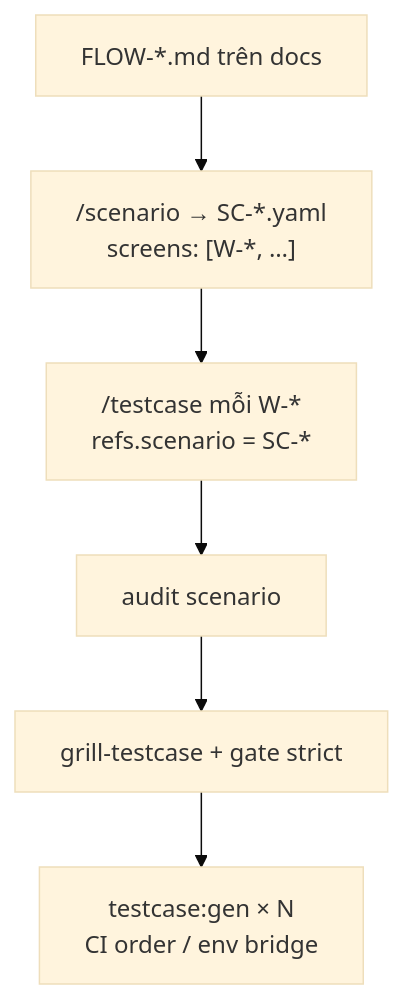
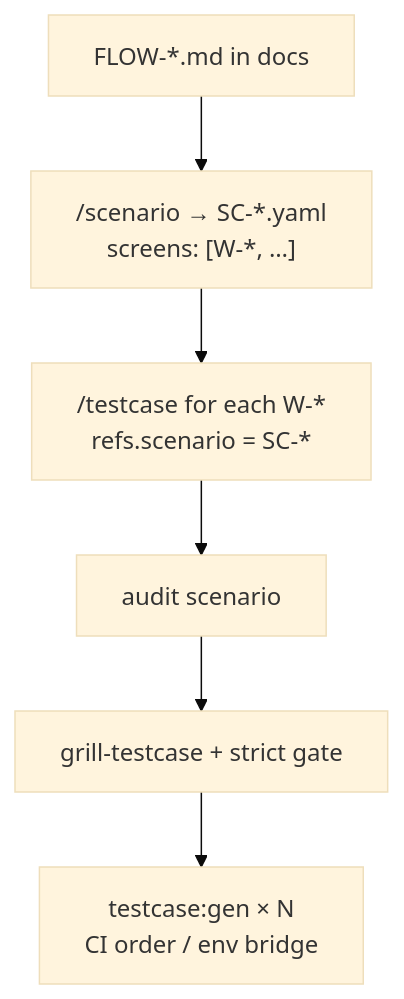
The fourth of 5 diagrams in workflows/test.md (ShanYuCoder/flowgrid-docs), drawn with Mermaid (base theme) before and after one commit. The commit also changed other lines of this file and 348 other files, not shown here.

````diff
--- a/workflows/test.md
+++ b/workflows/test.md
@@ -177,11 +177,11 @@
 ```mermaid
 flowchart TD
-  FLOW["FLOW-*.md trên docs"]
+  FLOW["FLOW-*.md in docs"]
   SC["/scenario → SC-*.yaml\nscreens: [W-*, …]"]
-  TCs["/testcase mỗi W-*\nrefs.scenario = SC-*"]
+  TCs["/testcase for each W-*\nrefs.scenario = SC-*"]
   AUD["audit scenario"]
-  GTG["grill-testcase + gate strict"]
+  GTG["grill-testcase + strict gate"]
   E2E["testcase:gen × N\nCI order / env bridge"]
 
   FLOW --> SC --> TCs --> AUD --> GTG --> E2E
 ```
````
